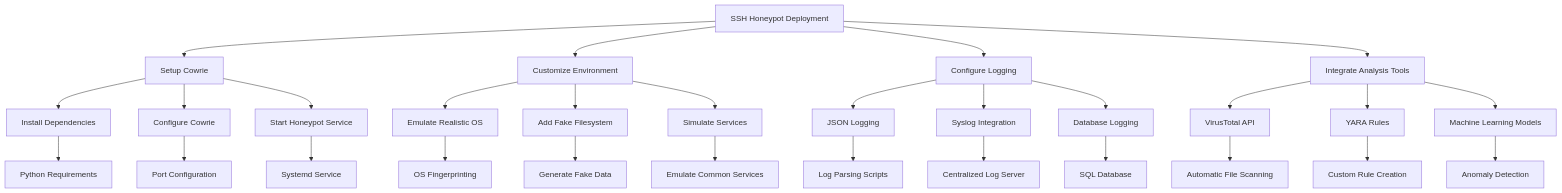
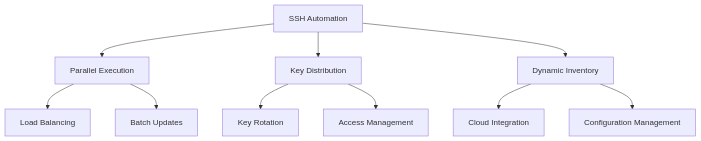
The third of 5 diagrams in mastering-ssh-part-one/4 - Advanced SSH Techniques.md (cipherbite/mastering-linux), drawn with Mermaid before and after one commit. The commit also changed other lines of this file, not shown here.

Commit message:
Update 4 - Advanced SSH Techniques.md

````diff
--- a/mastering-ssh-part-one/4 - Advanced SSH Techniques.md
+++ b/mastering-ssh-part-one/4 - Advanced SSH Techniques.md
@@ -534,39 +259,12 @@
 ```mermaid
 graph TD
-    A[SSH Honeypot Deployment] --> B[Setup Cowrie]
-    A --> C[Customize Environment]
-    A --> D[Configure Logging]
-    A --> E[Integrate Analysis Tools]
-
-    B --> F[Install Dependencies]
-    B --> G[Configure Cowrie]
-    B --> H[Start Honeypot Service]
-
-    C --> I[Emulate Realistic OS]
-    C --> J[Add Fake Filesystem]
-    C --> K[Simulate Services]
-
-    D --> L[JSON Logging]
-    D --> M[Syslog Integration]
-    D --> N[Database Logging]
-
-    E --> O[VirusTotal API]
-    E --> P[YARA Rules]
-    E --> Q[Machine Learning Models]
-
-    F --> R[Python Requirements]
-    G --> S[Port Configuration]
-    H --> T[Systemd Service]
-
-    I --> U[OS Fingerprinting]
-    J --> V[Generate Fake Data]
-    K --> W[Emulate Common Services]
-
-    L --> X[Log Parsing Scripts]
-    M --> Y[Centralized Log Server]
-    N --> Z[SQL Database]
-
-    O --> AA[Automatic File Scanning]
-    P --> AB[Custom Rule Creation]
-    Q --> AC[Anomaly Detection]
+    A[SSH Automation] --> B[Parallel Execution]
+    A --> C[Key Distribution]
+    A --> D[Dynamic Inventory]
+    B --> E[Load Balancing]
+    B --> F[Batch Updates]
+    C --> G[Key Rotation]
+    C --> H[Access Management]
+    D --> I[Cloud Integration]
+    D --> J[Configuration Management]
 ```
````
